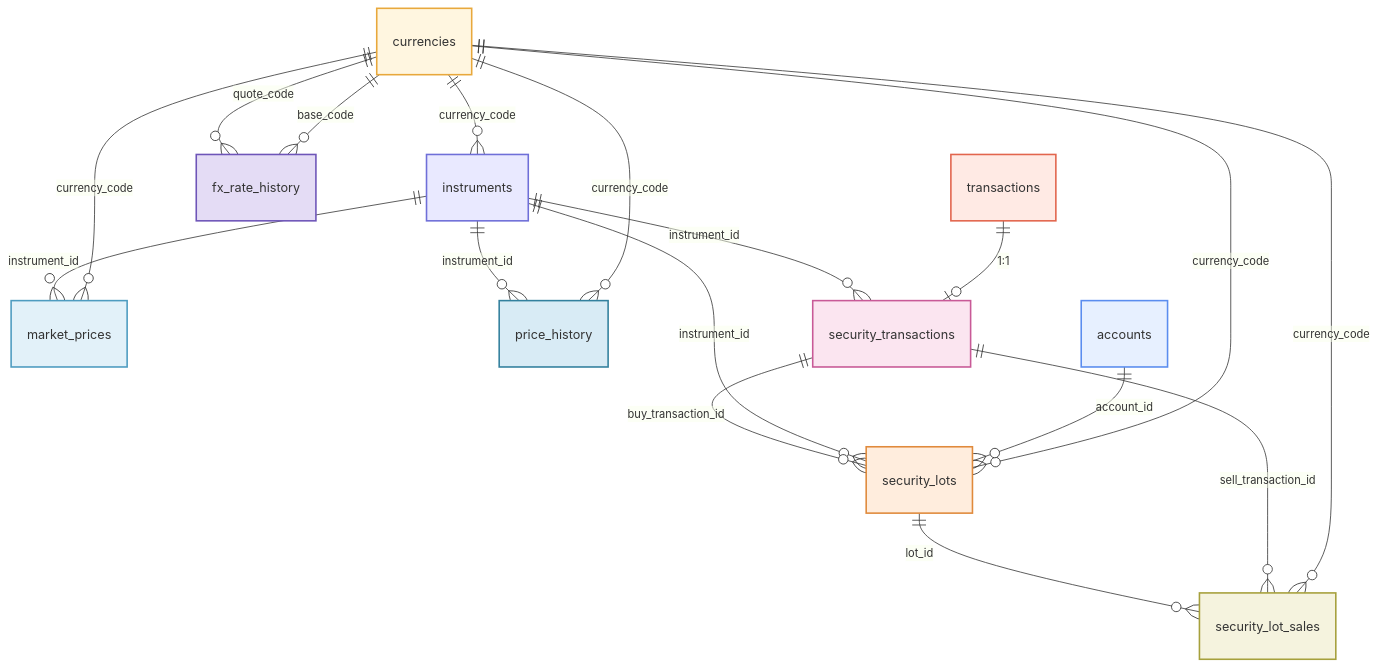
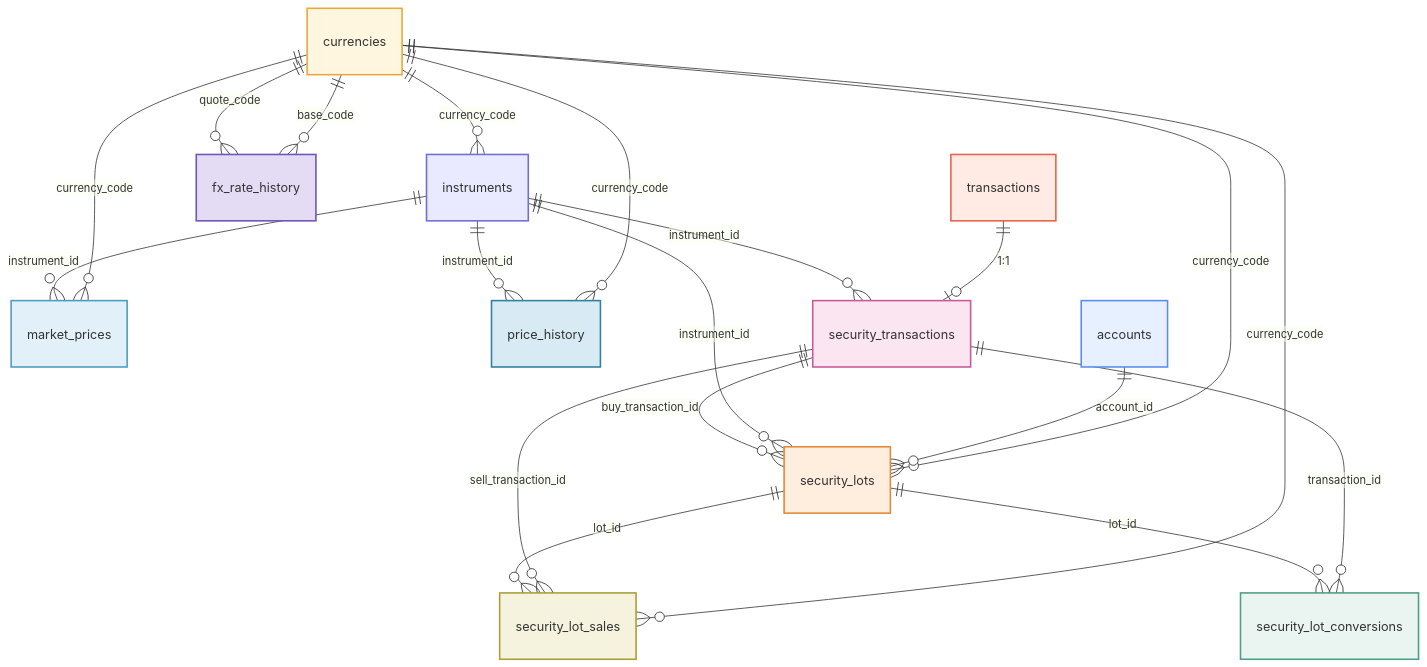
The second of 3 diagrams in docs/model/README.md (asiazhang/ledger), drawn with Mermaid before and after one commit. The commit also changed other lines of this file and 4 other files, not shown here.

First line of the commit message:
feat(schema): 基金转换 convert schema 走就地修改 V001/V002（#977）

````diff
--- a/docs/model/README.md
+++ b/docs/model/README.md
@@ -66,30 +66,33 @@
 ```mermaid
 erDiagram
     currencies ||--o{ instruments : "currency_code"
     currencies ||--o{ security_lots : "currency_code"
     currencies ||--o{ security_lot_sales : "currency_code"
     currencies ||--o{ market_prices : "currency_code"
     currencies ||--o{ price_history : "currency_code"
     currencies ||--o{ fx_rate_history : "base_code"
     currencies ||--o{ fx_rate_history : "quote_code"
     accounts ||--o{ security_lots : "account_id"
     transactions ||--o| security_transactions : "1:1"
     instruments ||--o{ security_transactions : "instrument_id"
     instruments ||--o{ security_lots : "instrument_id"
     instruments ||--o{ market_prices : "instrument_id"
     instruments ||--o{ price_history : "instrument_id"
     security_transactions ||--o{ security_lots : "buy_transaction_id"
     security_transactions ||--o{ security_lot_sales : "sell_transaction_id"
     security_lots ||--o{ security_lot_sales : "lot_id"
+    security_transactions ||--o{ security_lot_conversions : "transaction_id"
+    security_lots ||--o{ security_lot_conversions : "lot_id"
 
     style currencies fill:#FFF6E0,stroke:#E8A83C,stroke-width:2px
     style accounts fill:#E7F0FF,stroke:#5B8DEF,stroke-width:2px
     style transactions fill:#FFEAE4,stroke:#E2654D,stroke-width:2px
     style instruments fill:#E9E9FF,stroke:#6F6FD8,stroke-width:2px
     style security_transactions fill:#FBE5F0,stroke:#C85A97,stroke-width:2px
     style security_lots fill:#FFEDDD,stroke:#E08A3C,stroke-width:2px
     style security_lot_sales fill:#F5F3DE,stroke:#A6A03C,stroke-width:2px
+    style security_lot_conversions fill:#EAF4F0,stroke:#4F9E86,stroke-width:2px
     style market_prices fill:#E2F1F9,stroke:#4E9CC0,stroke-width:2px
     style price_history fill:#D8EBF5,stroke:#33809E,stroke-width:2px
     style fx_rate_history fill:#E4DCF5,stroke:#6E55B8,stroke-width:2px
 ```
````
